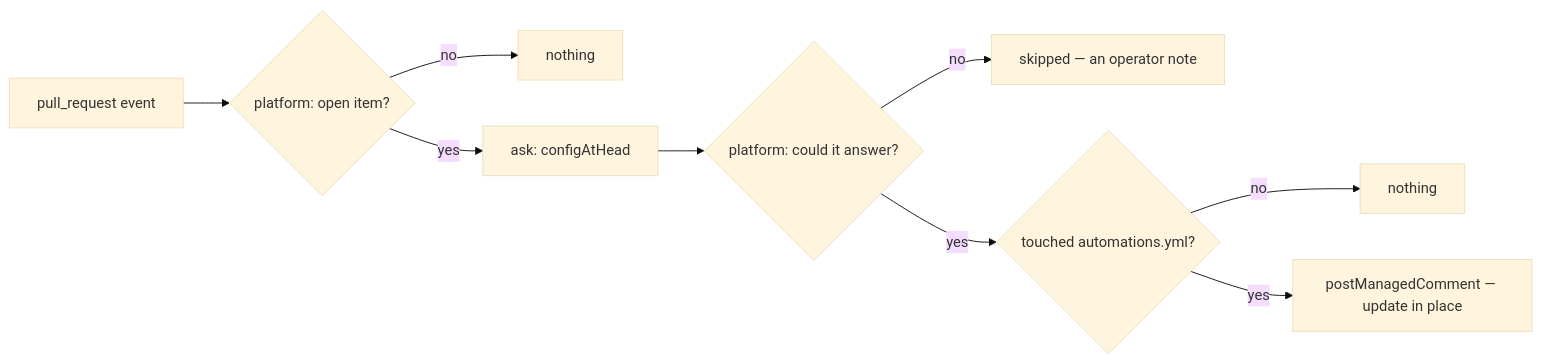
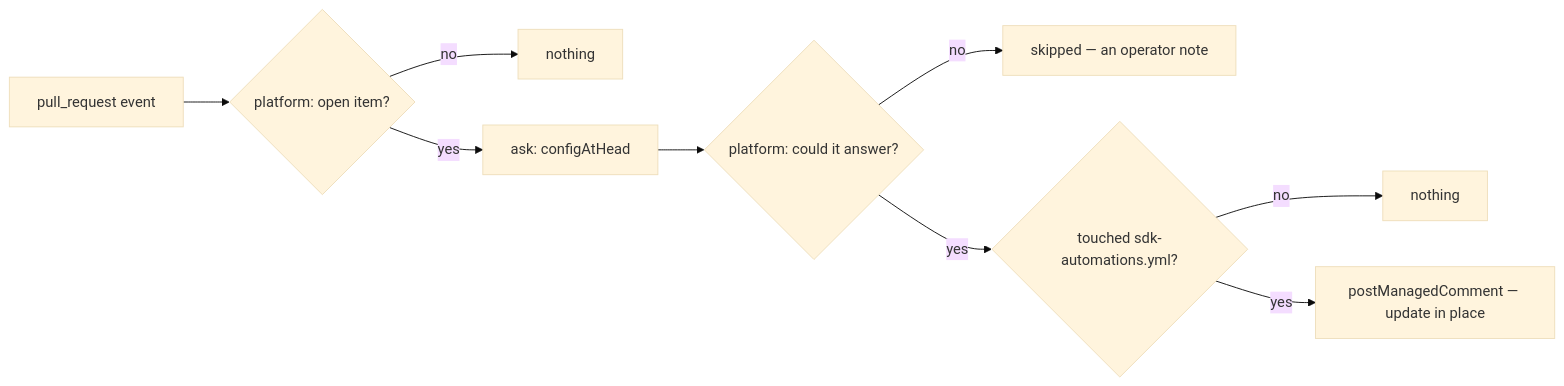
One commit to cheese-cakee/sdk-automations changed the diagram in packages/capabilities/src/configReport/design.md. Above: the diagram before and after it, drawn with Mermaid (base theme). The commit also changed other lines of this file and 46 other files, not shown here.

First line of the commit message:
config: the repository file is sdk-automations.yml (#220)

````diff
--- a/packages/capabilities/src/configReport/design.md
+++ b/packages/capabilities/src/configReport/design.md
@@ -109,11 +109,11 @@
 ```mermaid
 flowchart LR
     O["pull_request event"] --> CL{"platform: open item?"}
     CL -->|no| N0["nothing"]
     CL -->|yes| R["ask: configAtHead"]
     R --> A{"platform: could it answer?"}
     A -->|no| S["skipped — an operator note"]
-    A -->|yes| T{"touched automations.yml?"}
+    A -->|yes| T{"touched sdk-automations.yml?"}
     T -->|no| N1["nothing"]
     T -->|yes| C["postManagedComment — update in place"]
 ```
````
